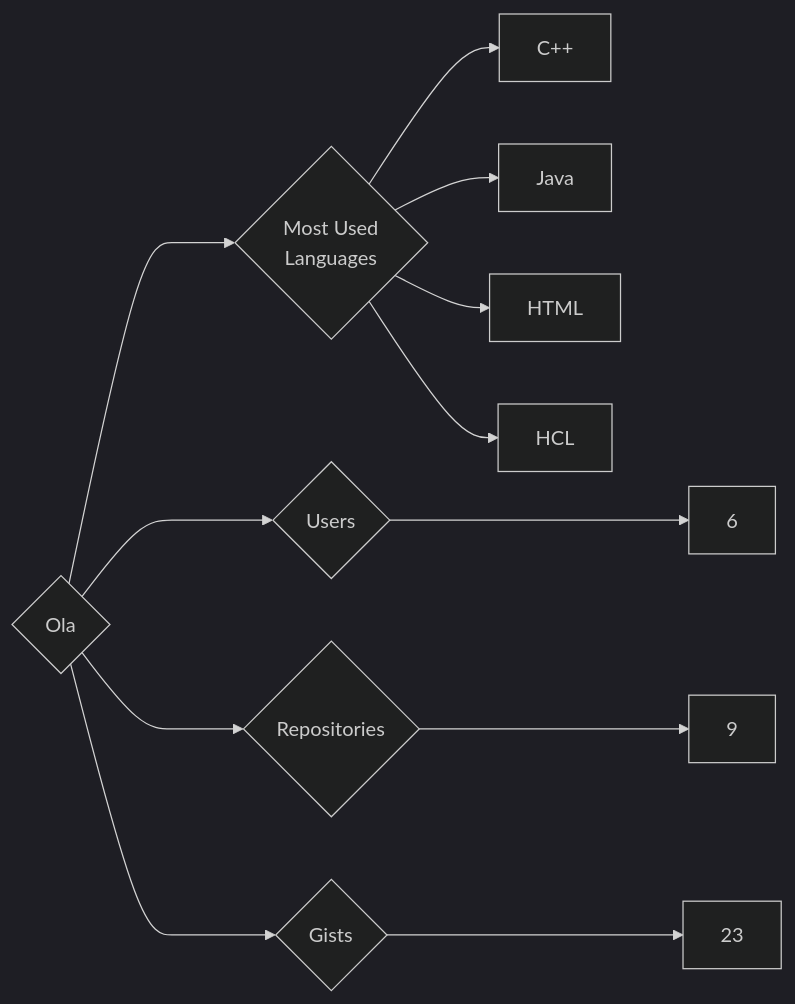
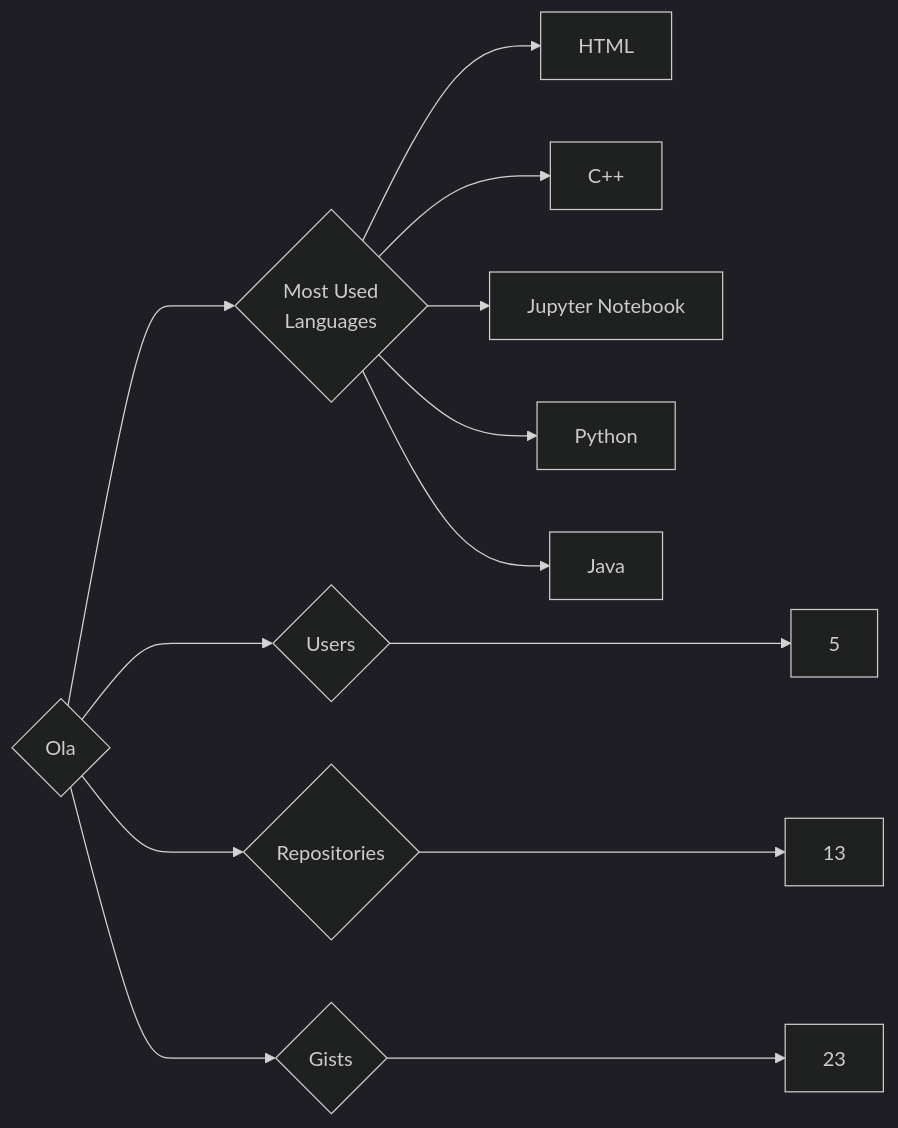
One commit to trickest/insiders changed the diagram in targets/Ola/README.md. Above: the diagram before and after it, drawn with Mermaid (dark theme). The commit also changed 1479 other files, not shown here.

````diff
--- a/targets/Ola/README.md
+++ b/targets/Ola/README.md
@@ -3,12 +3,13 @@
 ```mermaid
 graph LR
 COMPANY_NAME{Ola}
-COMPANY_NAME ---> U{Users} ---> UN[6]
-COMPANY_NAME ---> R{Repositories} ---> RN[9]
+COMPANY_NAME ---> U{Users} ---> UN[5]
+COMPANY_NAME ---> R{Repositories} ---> RN[13]
 COMPANY_NAME ---> G{Gists} ---> GN[23]
 COMPANY_NAME ---> ML{Most Used<br>Languages}
+ML --> HTML[HTML]
 ML --> C++[C++]
+ML --> Jupyter_Notebook[Jupyter Notebook]
+ML --> Python[Python]
 ML --> Java[Java]
-ML --> HTML[HTML]
-ML --> HCL[HCL]
 ```
````
